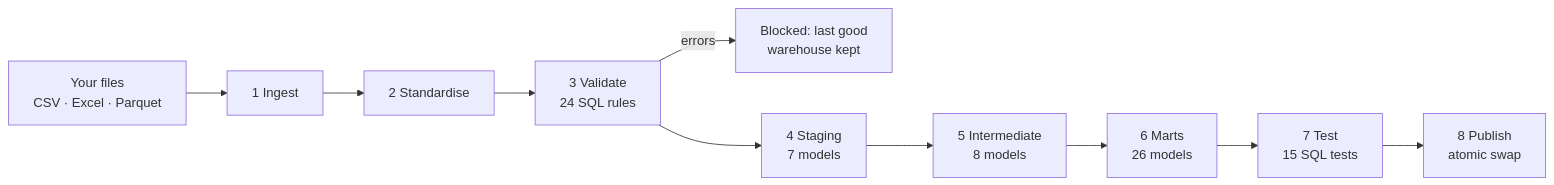
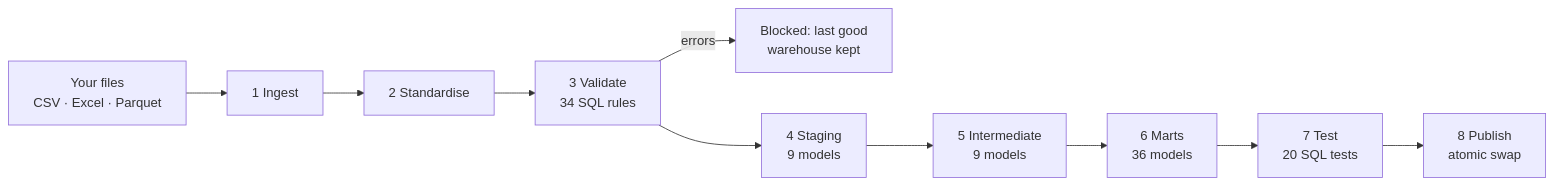
Before and after one commit to Pemalahmad/FleetOps-KPI-Dashboard: the diagram in README.md, drawn with Mermaid. The commit also changed other lines of this file and 13 other files, not shown here.

````diff
--- a/README.md
+++ b/README.md
@@ -49,6 +79,6 @@
 ```mermaid
 flowchart LR
-    F["Your files<br/>CSV · Excel · Parquet"] --> I["1 Ingest"] --> S["2 Standardise"] --> V["3 Validate<br/>24 SQL rules"]
+    F["Your files<br/>CSV · Excel · Parquet"] --> I["1 Ingest"] --> S["2 Standardise"] --> V["3 Validate<br/>34 SQL rules"]
     V -- errors --> X["Blocked: last good<br/>warehouse kept"]
-    V --> ST["4 Staging<br/>7 models"] --> IN["5 Intermediate<br/>8 models"] --> M["6 Marts<br/>26 models"] --> T["7 Test<br/>15 SQL tests"] --> P["8 Publish<br/>atomic swap"]
+    V --> ST["4 Staging<br/>9 models"] --> IN["5 Intermediate<br/>9 models"] --> M["6 Marts<br/>36 models"] --> T["7 Test<br/>20 SQL tests"] --> P["8 Publish<br/>atomic swap"]
 ```
````
